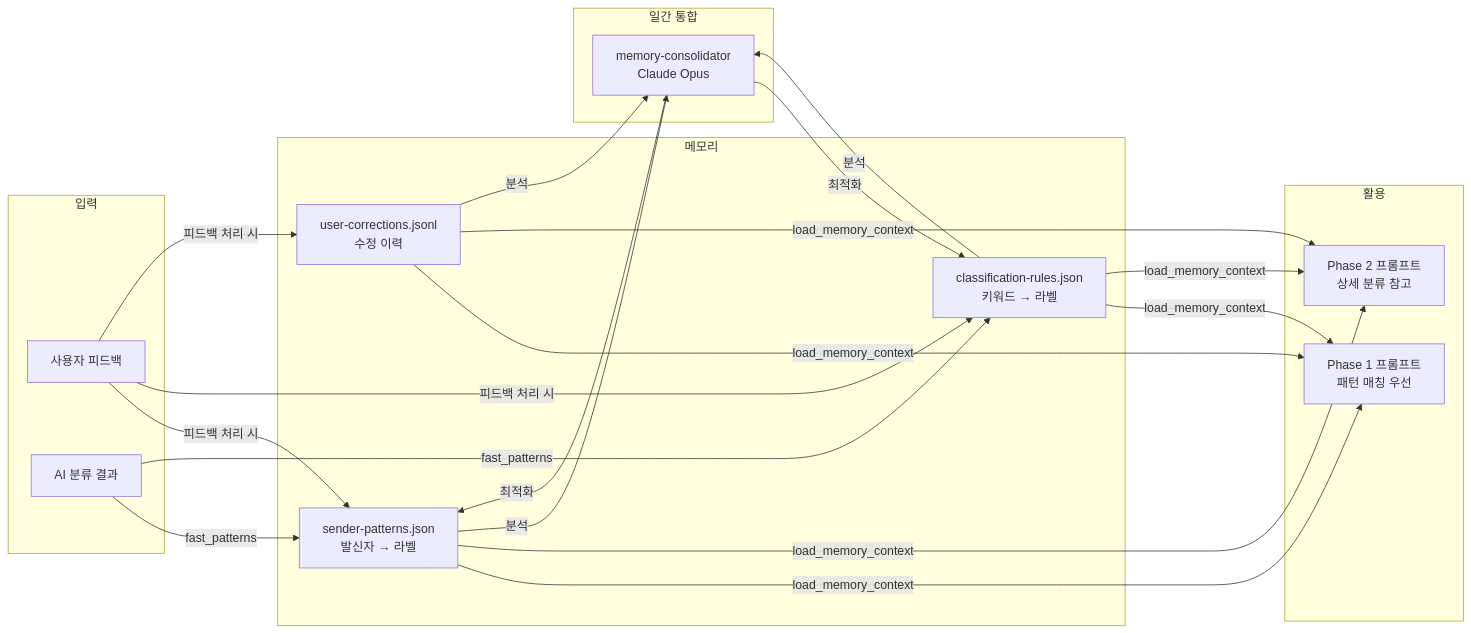
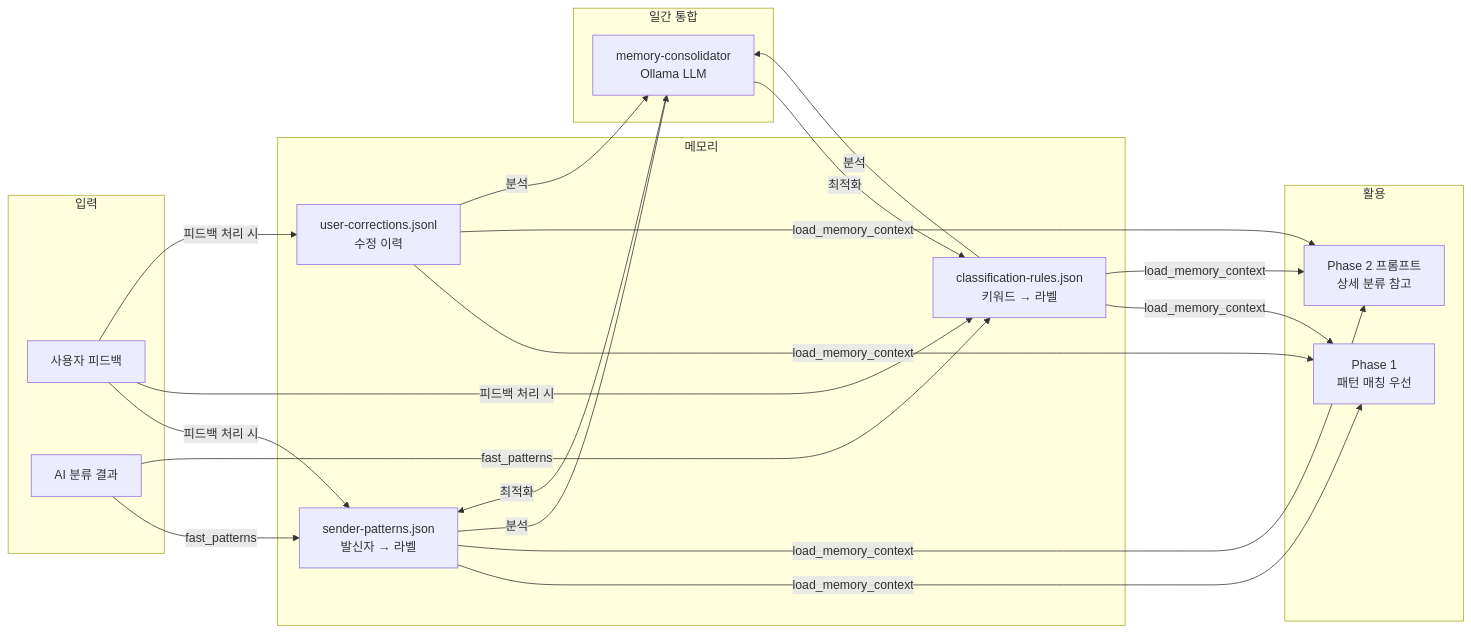
One commit to realcoding2003/gmail-calendar-organizer changed the fourth of 4 diagrams in docs/architecture.md. Above: the diagram before and after it, drawn with Mermaid. The commit also changed other lines of this file and 3 other files, not shown here.

First line of the commit message:
docs: Claude CLI 참조 제거, Ollama 로컬 LLM 기반으로 문서 전면 개편

````diff
--- a/docs/architecture.md
+++ b/docs/architecture.md
@@ -139,29 +143,29 @@
 ```mermaid
 graph LR
     subgraph "입력"
         A[사용자 피드백]
         B[AI 분류 결과]
     end
 
     subgraph "메모리"
         SP[sender-patterns.json<br/>발신자 → 라벨]
         CR[classification-rules.json<br/>키워드 → 라벨]
         UC[user-corrections.jsonl<br/>수정 이력]
     end
 
     subgraph "활용"
-        P1[Phase 1 프롬프트<br/>패턴 매칭 우선]
+        P1[Phase 1<br/>패턴 매칭 우선]
         P2[Phase 2 프롬프트<br/>상세 분류 참고]
     end
 
     A -->|피드백 처리 시| SP & CR & UC
     B -->|fast_patterns| SP & CR
     SP & CR & UC -->|load_memory_context| P1 & P2
 
     subgraph "일간 통합"
-        MC[memory-consolidator<br/>Claude Opus]
+        MC[memory-consolidator<br/>Ollama LLM]
     end
 
     SP & CR & UC -->|분석| MC
     MC -->|최적화| SP & CR
 ```
````
